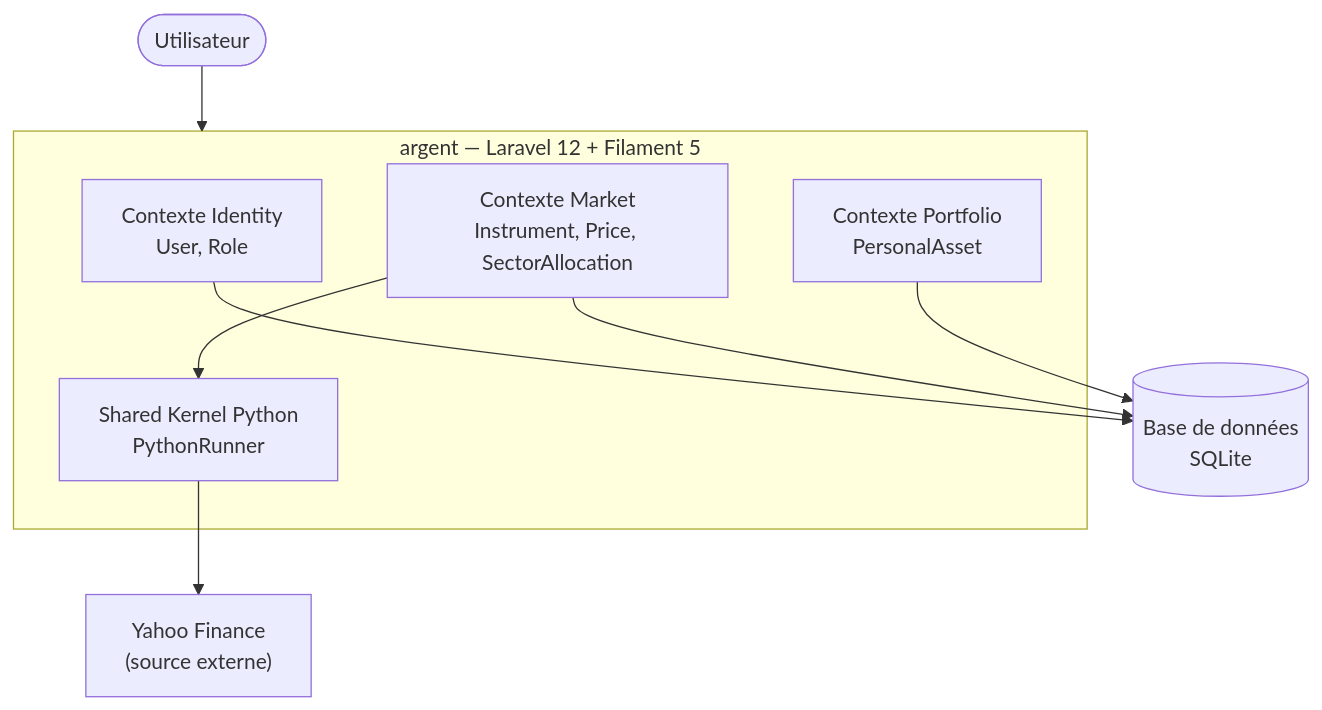
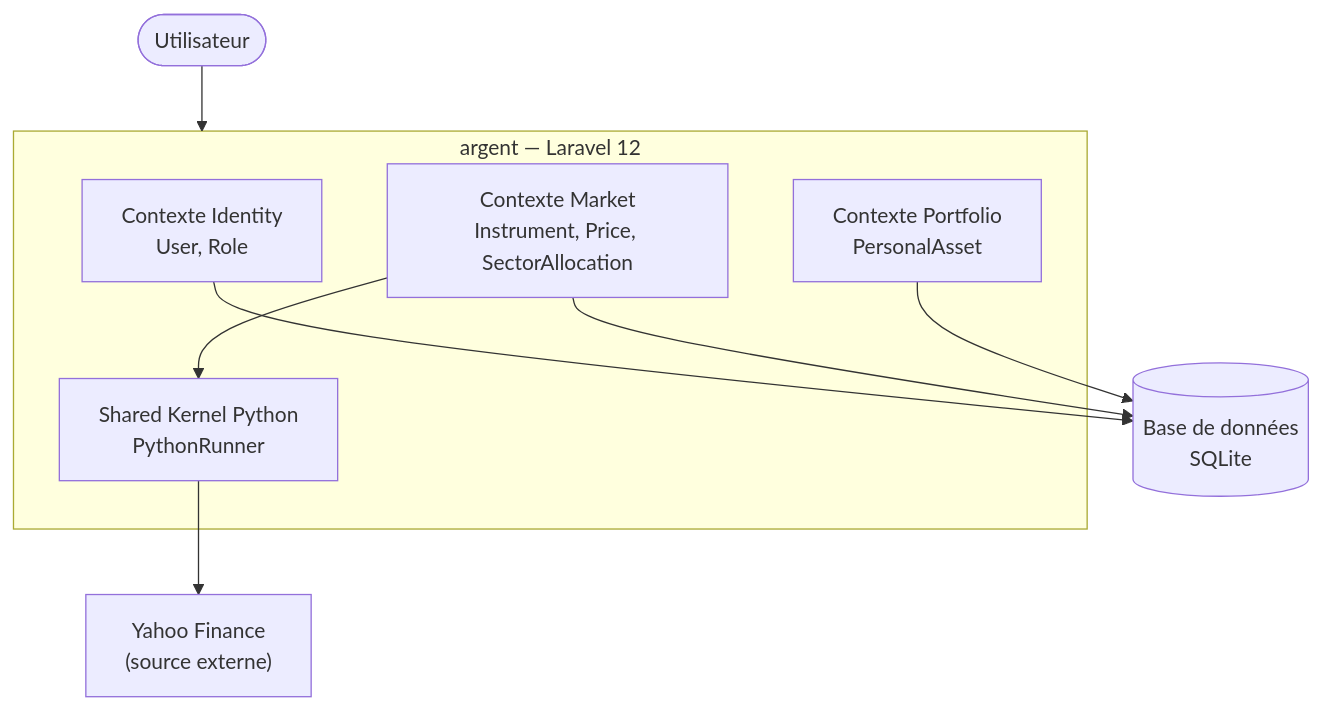
Before and after one commit to yanntyb/portefeuille: the first of 2 diagrams in docs/README.md, drawn with Mermaid. The commit also changed other lines of this file and 3 other files, not shown here.

````diff
--- a/docs/README.md
+++ b/docs/README.md
@@ -51,21 +51,21 @@
 ```mermaid
 flowchart TB
     User(["Utilisateur"])
 
-    subgraph App["argent — Laravel 12 + Filament 5"]
+    subgraph App["argent — Laravel 12"]
         Identity["Contexte Identity<br/>User, Role"]
         Market["Contexte Market<br/>Instrument, Price, SectorAllocation"]
         Portfolio["Contexte Portfolio<br/>PersonalAsset"]
         Shared["Shared Kernel Python<br/>PythonRunner"]
     end
 
     DB[("Base de données<br/>SQLite")]
     Yahoo["Yahoo Finance<br/>(source externe)"]
 
     User --> App
     Identity --> DB
     Market --> DB
     Portfolio --> DB
     Market --> Shared
     Shared --> Yahoo
 ```
````
